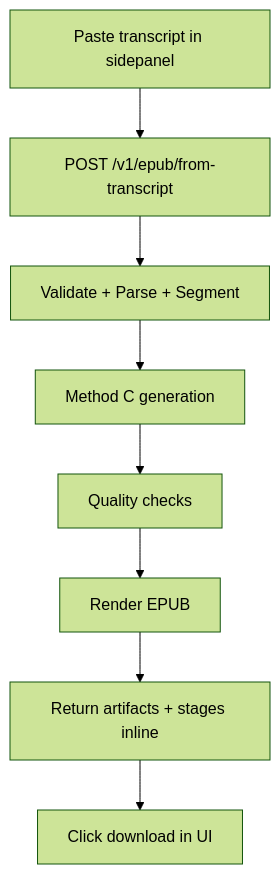
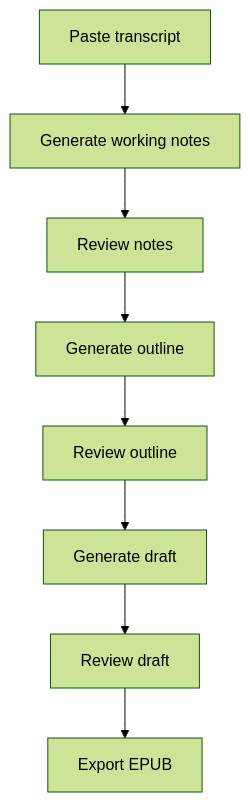
One commit to CeciliaHahan/podcast_to_ebook changed the first of 3 diagrams in docs/system-flow-map-and-glossary.md. Above: the diagram before and after it, drawn with Mermaid (forest theme). The commit also changed other lines of this file and 2 other files, not shown here.

````diff
--- a/docs/system-flow-map-and-glossary.md
+++ b/docs/system-flow-map-and-glossary.md
@@ -61,10 +10,10 @@
 ```mermaid
 flowchart TD
-  A[Paste transcript in sidepanel] --> B[POST /v1/epub/from-transcript]
-  B --> C[Validate + Parse + Segment]
-  C --> D[Method C generation]
-  D --> E[Quality checks]
-  E --> F[Render EPUB]
-  F --> G[Return artifacts + stages inline]
-  G --> H[Click download in UI]
+  A[Paste transcript] --> B[Generate working notes]
+  B --> C[Review notes]
+  C --> D[Generate outline]
+  D --> E[Review outline]
+  E --> F[Generate draft]
+  F --> G[Review draft]
+  G --> H[Export EPUB]
 ```
````
